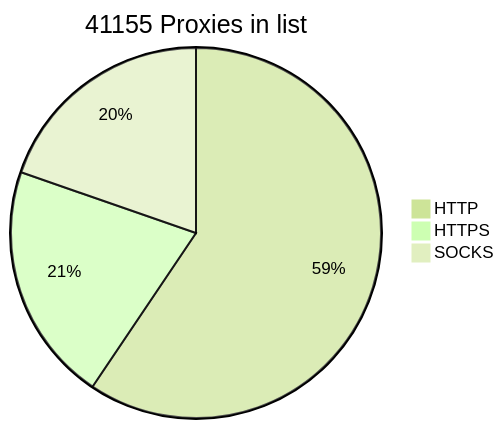
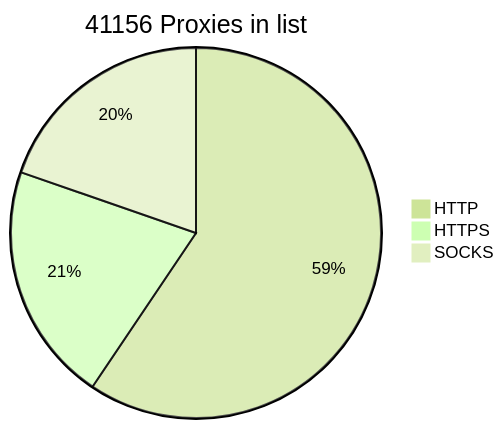
One commit to BlackSnowDot/proxylist-update-every-minute changed the diagram in README.md. Above: the diagram before and after it, drawn with Mermaid (forest theme).

````diff
--- a/README.md
+++ b/README.md
@@ -2,6 +2,6 @@
 ```mermaid
-pie title 41155 Proxies in list
+pie title 41156 Proxies in list
     "HTTP" : 28440
     "HTTPS": 9996
-    "SOCKS" : 9418
+    "SOCKS" : 9419
 ```
````
